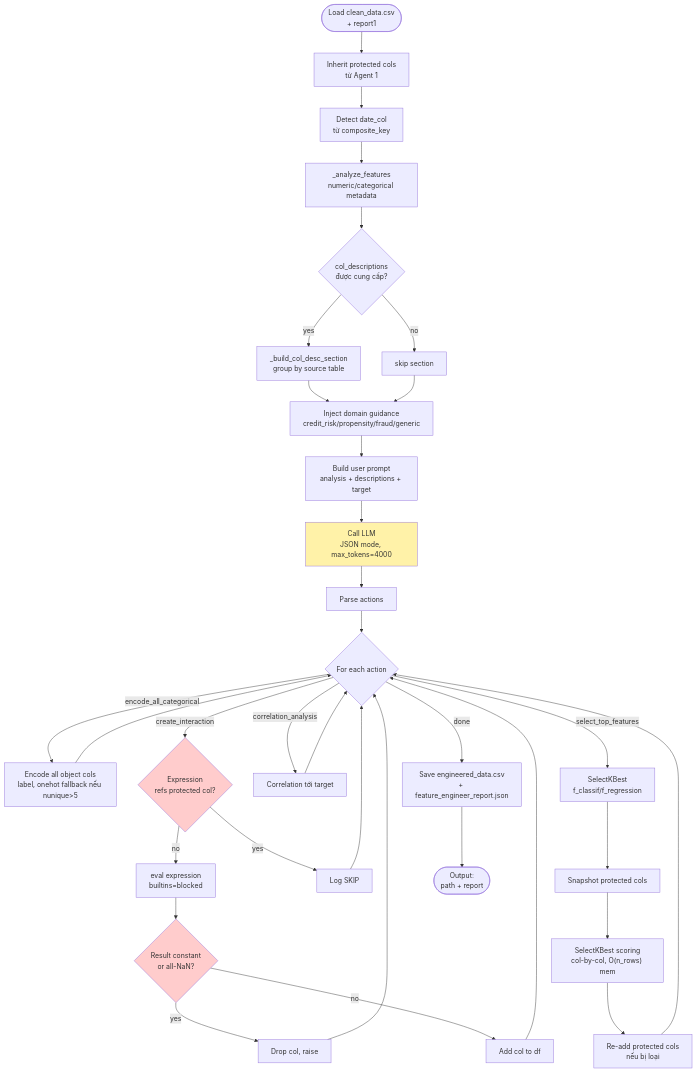
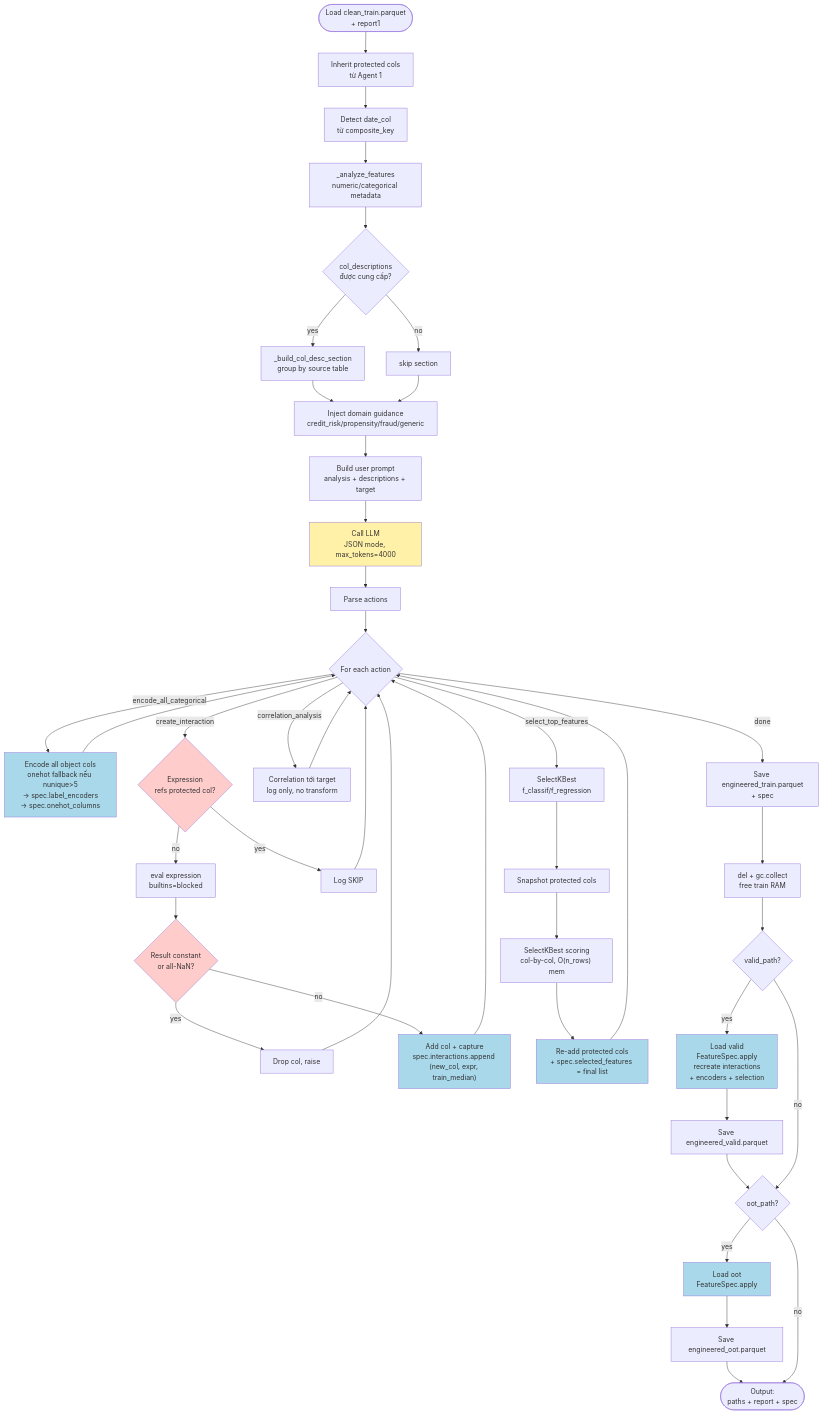
Before and after one commit to baongoc83/Multi-Agent-Auto-ML_NB: the tenth of 25 diagrams in docs/architecture.md, drawn with Mermaid. The commit also changed other lines of this file and 1 other file, not shown here.

First line of the commit message:
docs: rewrite README + architecture.md for fit-on-train + transform refactor

````diff
--- a/docs/architecture.md
+++ b/docs/architecture.md
@@ -211,47 +381,57 @@
 ```mermaid
 flowchart TD
-    Start([Load clean_data.csv<br/>+ report1]) --> Inherit[Inherit protected cols<br/>từ Agent 1]
+    Start([Load clean_train.parquet<br/>+ report1]) --> Inherit[Inherit protected cols<br/>từ Agent 1]
     Inherit --> Date[Detect date_col<br/>từ composite_key]
     Date --> Analyze[_analyze_features<br/>numeric/categorical metadata]
 
     Analyze --> CD{col_descriptions<br/>được cung cấp?}
     CD -->|yes| Group[_build_col_desc_section<br/>group by source table]
     CD -->|no| Skip1[skip section]
     Group --> Domain
     Skip1 --> Domain[Inject domain guidance<br/>credit_risk/propensity/fraud/generic]
 
     Domain --> Build[Build user prompt<br/>analysis + descriptions + target]
     Build --> LLM[Call LLM<br/>JSON mode, max_tokens=4000]
     LLM --> Parse[Parse actions]
 
     Parse --> Loop{For each action}
-    Loop -->|encode_all_categorical| ENC[Encode all object cols<br/>label, onehot fallback nếu nunique>5]
+    Loop -->|encode_all_categorical| ENC["Encode all object cols<br/>onehot fallback nếu nunique>5<br/>→ spec.label_encoders<br/>→ spec.onehot_columns"]
     Loop -->|create_interaction| CI{Expression<br/>refs protected col?}
-    Loop -->|correlation_analysis| CORR[Correlation tới target]
+    Loop -->|correlation_analysis| CORR[Correlation tới target<br/>log only, no transform]
     Loop -->|select_top_features| ST[SelectKBest<br/>f_classif/f_regression]
 
     CI -->|no| EVAL[eval expression<br/>builtins=blocked]
     CI -->|yes| Block[Log SKIP]
 
     EVAL --> Check{Result constant<br/>or all-NaN?}
     Check -->|yes| Drop[Drop col, raise]
-    Check -->|no| Add[Add col to df]
+    Check -->|no| Add["Add col + capture<br/>spec.interactions.append (new_col, expr, train_median)"]
 
     ST --> Snap[Snapshot protected cols]
     Snap --> Sel["SelectKBest scoring<br/>col-by-col, O(n_rows) mem"]
-    Sel --> Restore[Re-add protected cols<br/>nếu bị loại]
+    Sel --> Restore["Re-add protected cols<br/>+ spec.selected_features = final list"]
 
     ENC --> Loop
     CORR --> Loop
     Add --> Loop
     Block --> Loop
     Drop --> Loop
     Restore --> Loop
 
-    Loop -->|done| Save[Save engineered_data.csv<br/>+ feature_engineer_report.json]
-    Save --> End([Output:<br/>path + report])
+    Loop -->|done| SaveT[Save engineered_train.parquet<br/>+ spec]
+    SaveT --> Free[del + gc.collect<br/>free train RAM]
+    Free --> ReplayV{valid_path?}
+    ReplayV -->|yes| ApplyV[Load valid<br/>FeatureSpec.apply<br/>recreate interactions<br/>+ encoders + selection] --> SaveV[Save engineered_valid.parquet] --> ReplayO
+    ReplayV -->|no| ReplayO{oot_path?}
+    ReplayO -->|yes| ApplyO[Load oot<br/>FeatureSpec.apply] --> SaveO[Save engineered_oot.parquet] --> End
+    ReplayO -->|no| End([Output:<br/>paths + report + spec])
 
     style LLM fill:#fff2a8
     style CI fill:#ffcccc
     style Check fill:#ffcccc
+    style Add fill:#a8d8ea
+    style ENC fill:#a8d8ea
+    style Restore fill:#a8d8ea
+    style ApplyV fill:#a8d8ea
+    style ApplyO fill:#a8d8ea
 ```
````
